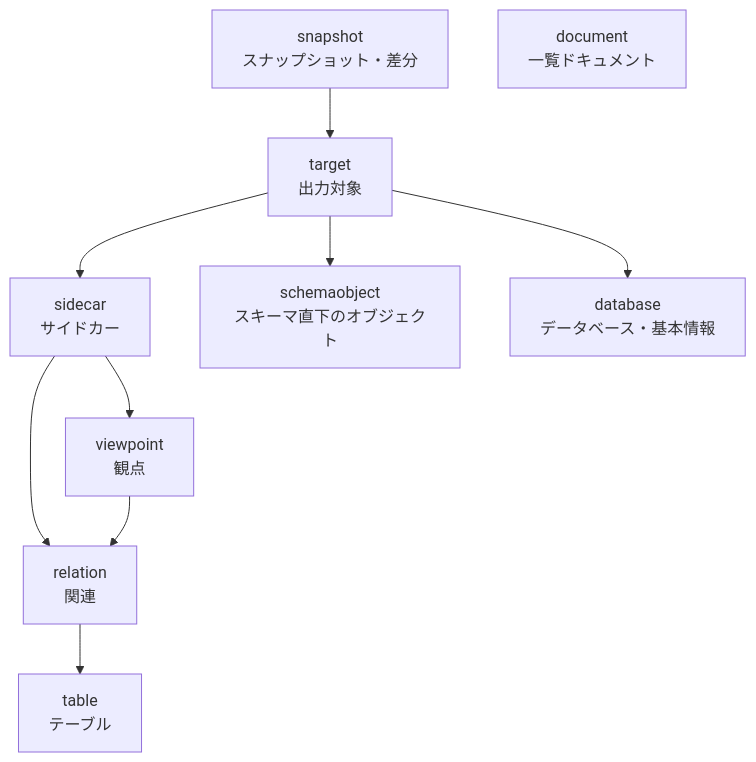
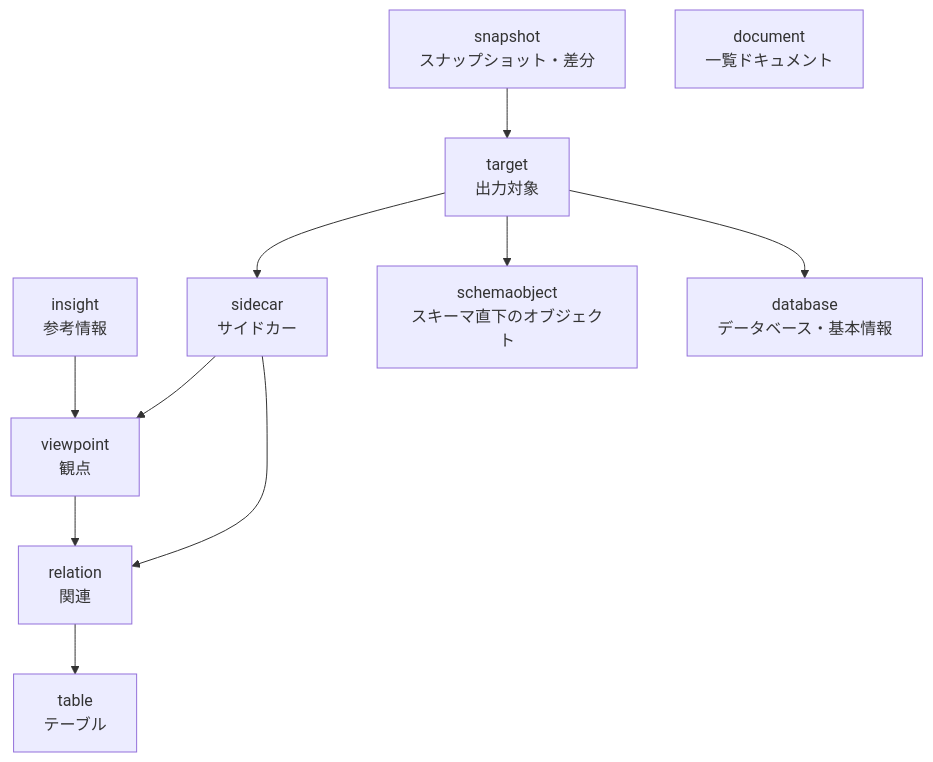
Before and after one commit to ebichan88/exportTableDefinition: the first of 5 diagrams in docs/architecture/domain-model.md, drawn with Mermaid. The commit also changed other lines of this file and 34 other files, not shown here.

````diff
--- a/docs/architecture/domain-model.md
+++ b/docs/architecture/domain-model.md
@@ -25,21 +25,23 @@
 ```mermaid
 flowchart TB
   snapshot["snapshot<br/>スナップショット・差分"]
+  insight["insight<br/>参考情報"]
   target["target<br/>出力対象"]
   sidecar["sidecar<br/>サイドカー"]
   viewpoint["viewpoint<br/>観点"]
   relation["relation<br/>関連"]
   table["table<br/>テーブル"]
   schemaobject["schemaobject<br/>スキーマ直下のオブジェクト"]
   database["database<br/>データベース・基本情報"]
   document["document<br/>一覧ドキュメント"]
 
   snapshot --> target
+  insight --> viewpoint
   target --> sidecar
   target --> schemaobject
   target --> database
   sidecar --> viewpoint
   sidecar --> relation
   viewpoint --> relation
   relation --> table
 ```
````
